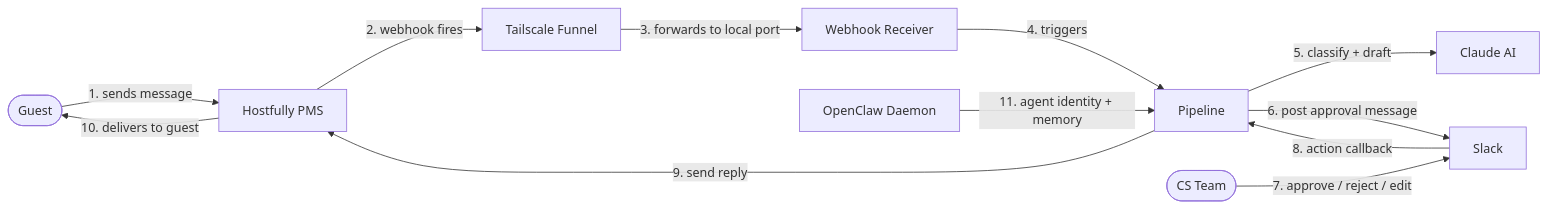
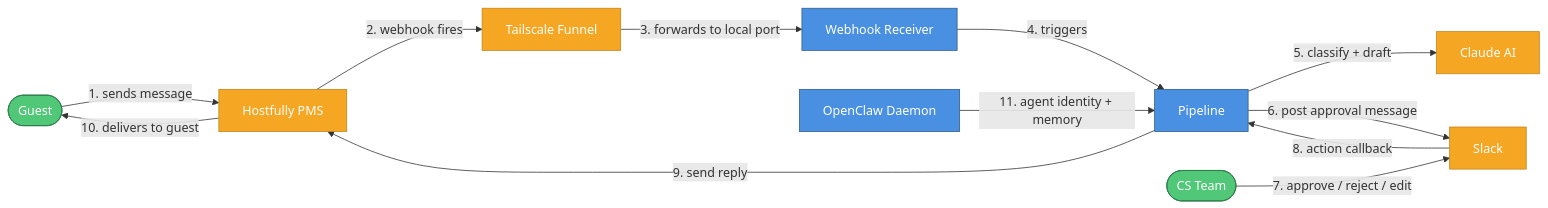
Before and after one commit to viiqswim/vlre-ai-employee: the first of 11 diagrams in docs/2026-03-18-1312-architecture.md, drawn with Mermaid.

Commit message:
docs(arch): apply color theming to system context, startup, and API diagrams

````diff
--- a/docs/2026-03-18-1312-architecture.md
+++ b/docs/2026-03-18-1312-architecture.md
@@ -25,14 +25,22 @@
 ```mermaid
 graph LR
     G([Guest]) -->|"1. sends message"| H[Hostfully PMS]
     H -->|"2. webhook fires"| TF[Tailscale Funnel]
     TF -->|"3. forwards to local port"| WR[Webhook Receiver]
     WR -->|"4. triggers"| PL[Pipeline]
     PL -->|"5. classify + draft"| C[Claude AI]
     PL -->|"6. post approval message"| S[Slack]
     CS([CS Team]) -->|"7. approve / reject / edit"| S
     S -->|"8. action callback"| PL
     PL -->|"9. send reply"| H
     H -->|"10. delivers to guest"| G
     OC[OpenClaw Daemon] -->|"11. agent identity + memory"| PL
+
+    classDef service fill:#4A90E2,stroke:#2E5C8A,color:#fff
+    classDef external fill:#F5A623,stroke:#C4841A,color:#fff
+    classDef event fill:#50C878,stroke:#2D7A4A,color:#fff
+
+    class WR,PL,OC service
+    class H,TF,C,S external
+    class G,CS event
 ```
````
